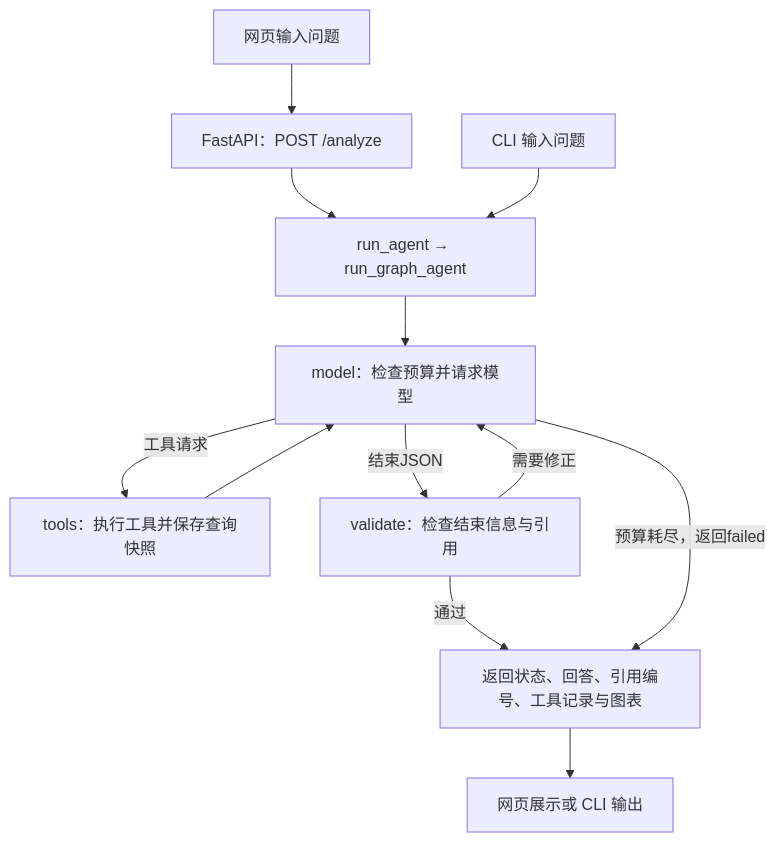
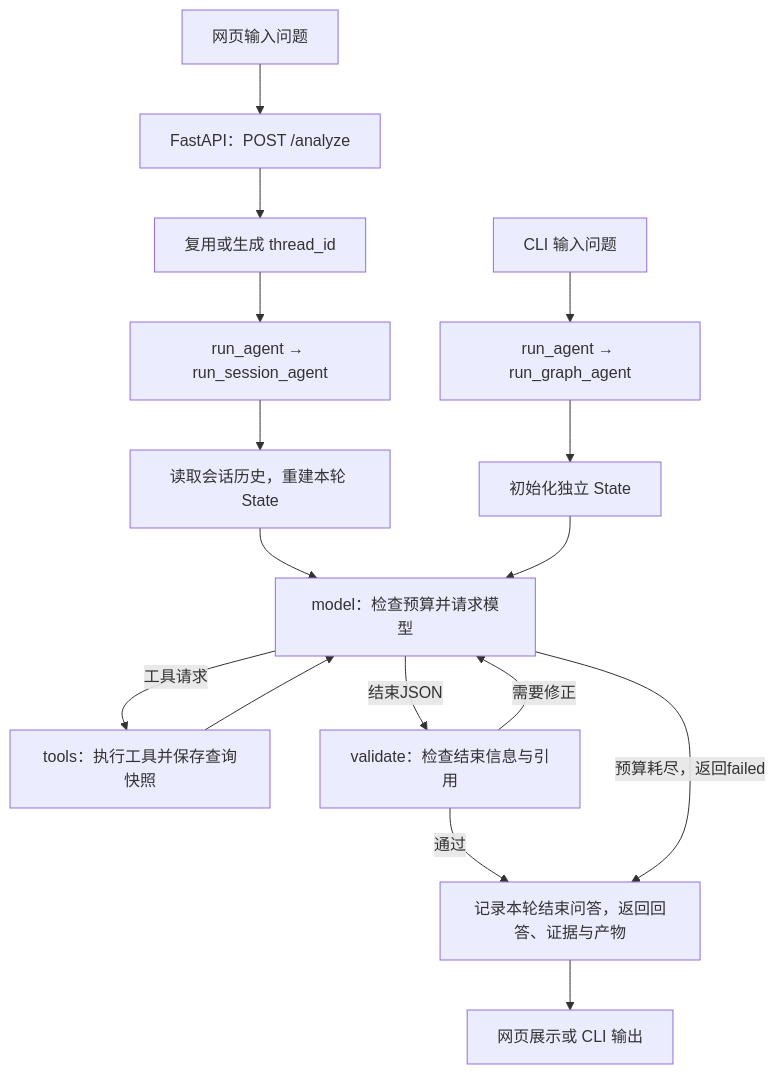
One commit to Lishaoxin/business-analysis-agent changed the diagram in README.md. Above: the diagram before and after it, drawn with Mermaid. The commit also changed other lines of this file and 14 other files, not shown here.

Commit message:
feat: add persistent sessions and clarification flow

````diff
--- a/README.md
+++ b/README.md
@@ -18,14 +20,18 @@
 ```mermaid
 flowchart TD
     U["网页输入问题"] --> H["FastAPI：POST /analyze"]
-    H --> A["run_agent → run_graph_agent"]
-    C["CLI 输入问题"] --> A
-    A --> M["model：检查预算并请求模型"]
+    H --> S["复用或生成 thread_id"]
+    S --> A["run_agent → run_session_agent"]
+    A --> N["读取会话历史，重建本轮 State"]
+    C["CLI 输入问题"] --> I["run_agent → run_graph_agent"]
+    I --> N0["初始化独立 State"]
+    N --> M["model：检查预算并请求模型"]
+    N0 --> M
     M -->|工具请求| T["tools：执行工具并保存查询快照"]
     T --> M
     M -->|结束JSON| V["validate：检查结束信息与引用"]
     V -->|需要修正| M
-    V -->|通过| R["返回状态、回答、引用编号、工具记录与图表"]
+    V -->|通过| R["记录本轮结束问答，返回回答、证据与产物"]
     M -->|预算耗尽，返回failed| R
     R --> D["网页展示或 CLI 输出"]
 ```
````
